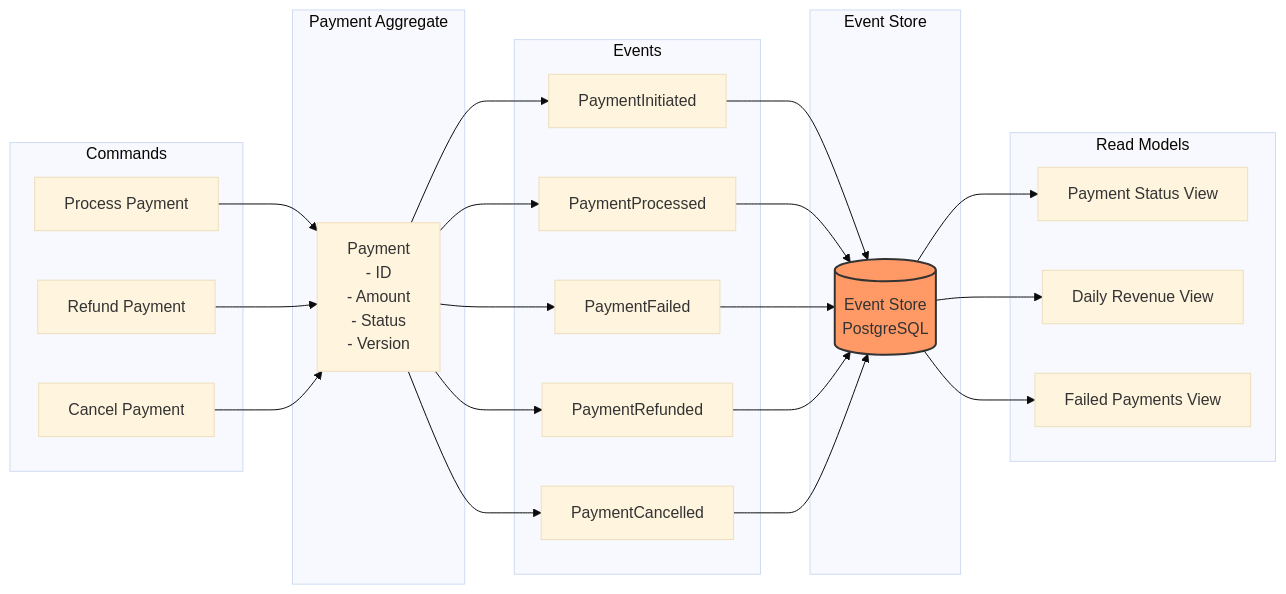
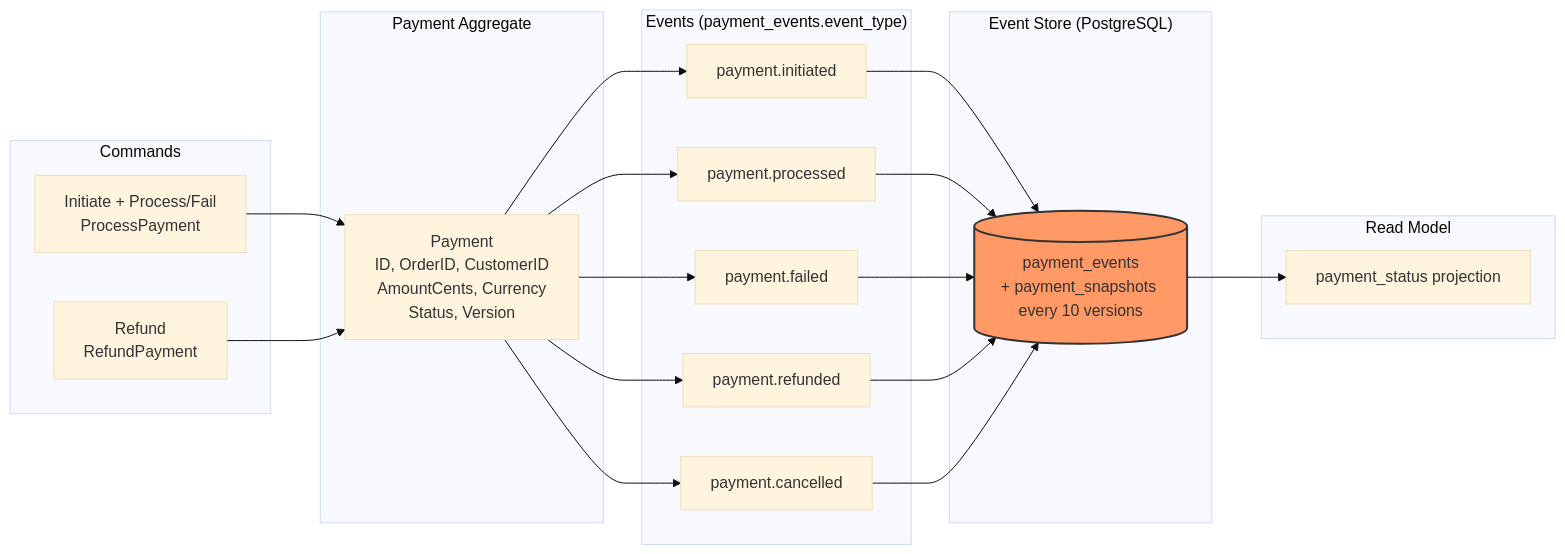
One commit to Kalaganov-Konstantin/eventflow-commerce changed the first of 2 diagrams in docs/architecture/event-sourcing.md. Above: the diagram before and after it, drawn with Mermaid (base theme). The commit also changed other lines of this file and 7 other files, not shown here.

Commit message:
docs: refresh the architecture documents

````diff
--- a/docs/architecture/event-sourcing.md
+++ b/docs/architecture/event-sourcing.md
@@ -7,52 +14,46 @@
 ```mermaid
 graph LR
     subgraph "Commands"
-        CMD1[Process Payment]
-        CMD2[Refund Payment]
-        CMD3[Cancel Payment]
+        CMD1[Initiate + Process/Fail<br/>ProcessPayment]
+        CMD2[Refund<br/>RefundPayment]
     end
 
     subgraph "Payment Aggregate"
-        PA[Payment<br/>- ID<br/>- Amount<br/>- Status<br/>- Version]
+        PA["Payment<br>ID, OrderID, CustomerID<br>AmountCents, Currency<br>Status, Version"]
     end
 
-    subgraph "Events"
-        E1[PaymentInitiated]
-        E2[PaymentProcessed]
-        E3[PaymentFailed]
-        E4[PaymentRefunded]
-        E5[PaymentCancelled]
+    subgraph "Events (payment_events.event_type)"
+        E1[payment.initiated]
+        E2[payment.processed]
+        E3[payment.failed]
+        E4[payment.refunded]
+        E5[payment.cancelled]
     end
 
-    subgraph "Event Store"
-        ES[(Event Store<br/>PostgreSQL)]
+    subgraph "Event Store (PostgreSQL)"
+        ES[(payment_events<br/>+ payment_snapshots every 10 versions)]
     end
 
-    subgraph "Read Models"
-        RM1[Payment Status View]
-        RM2[Daily Revenue View]
-        RM3[Failed Payments View]
+    subgraph "Read Model"
+        RM[payment_status projection]
     end
 
     CMD1 --> PA
     CMD2 --> PA
-    CMD3 --> PA
 
     PA --> E1
     PA --> E2
     PA --> E3
     PA --> E4
     PA --> E5
 
     E1 --> ES
     E2 --> ES
     E3 --> ES
     E4 --> ES
     E5 --> ES
 
-    ES --> RM1
-    ES --> RM2
-    ES --> RM3
+    ES --> RM
 
     style ES fill:#f96,stroke:#333,stroke-width:2px
 ```
````
